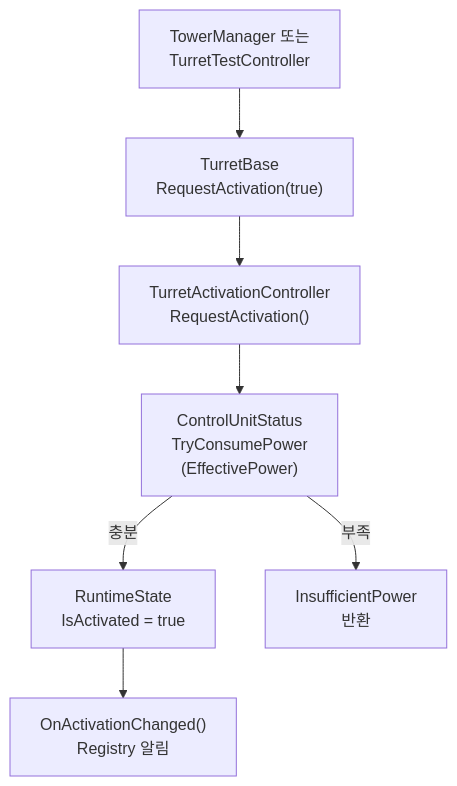
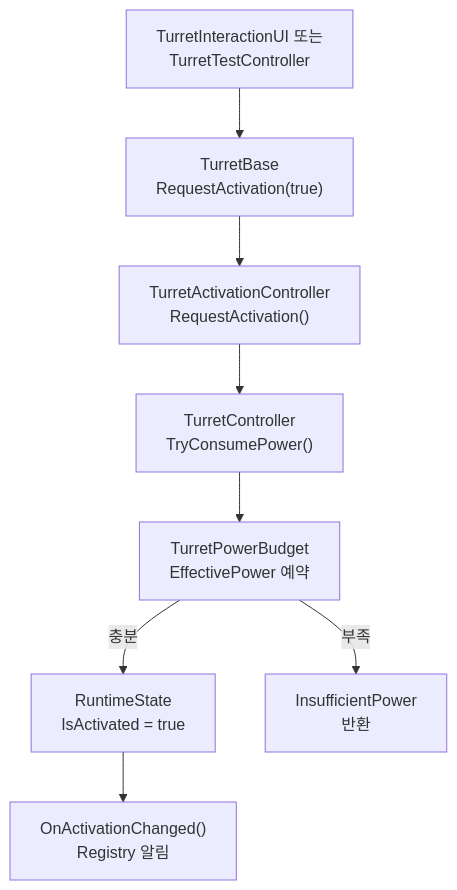
One commit to Team-HJD-21/team-hjd-docs changed the fifth of 16 diagrams in docs/projects/the-developer/turret/runtime-flows.md. Above: the diagram before and after it, drawn with Mermaid. The commit also changed other lines of this file and 35 other files, not shown here.

````diff
--- a/docs/projects/the-developer/turret/runtime-flows.md
+++ b/docs/projects/the-developer/turret/runtime-flows.md
@@ -237,9 +326,10 @@
 ```mermaid
 flowchart TD
-    Request["TowerManager 또는<br>TurretTestController"] --> Base["TurretBase<br>RequestActivation(true)"]
+    Request["TurretInteractionUI 또는<br>TurretTestController"] --> Base["TurretBase<br>RequestActivation(true)"]
     Base --> Controller["TurretActivationController<br>RequestActivation()"]
-    Controller --> Consume["ControlUnitStatus<br>TryConsumePower<br>(EffectivePower)"]
+    Controller --> Source["TurretController<br>TryConsumePower()"]
+    Source --> Consume["TurretPowerBudget<br>EffectivePower 예약"]
     Consume -->|충분| On["RuntimeState<br>IsActivated = true"]
     Consume -->|부족| Reject["InsufficientPower<br>반환"]
     On --> Notify["OnActivationChanged()<br>Registry 알림"]
 ```
````
